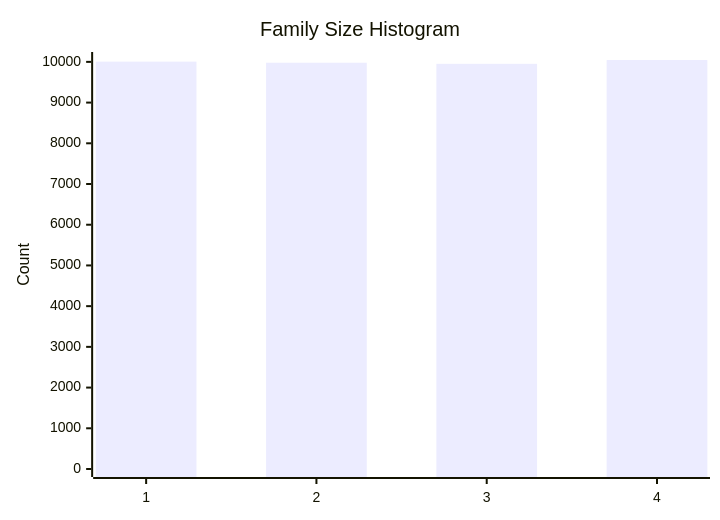
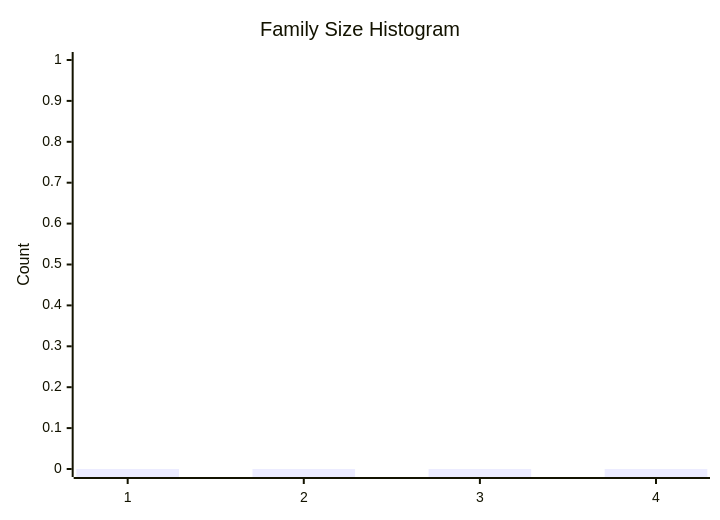
Before and after one commit to dhagan-va/intern-2025: the fifth of 10 diagrams in test-tools/DataGen/src/Statistics_Visualizer.md, drawn with Mermaid. The commit also changed other lines of this file and 8 other files, not shown here.

````diff
--- a/test-tools/DataGen/src/Statistics_Visualizer.md
+++ b/test-tools/DataGen/src/Statistics_Visualizer.md
@@ -60,7 +60,7 @@
 ```mermaid
 xychart-beta
     title "Family Size Histogram"
     x-axis ["1", "2", "3", "4"]
-    y-axis "Count" 0 --> 10046
-    bar [10006, 9979, 9952, 10045]
+    y-axis "Count" 0 --> 1
+    bar [0, 0, 0, 0]
 ```
````
